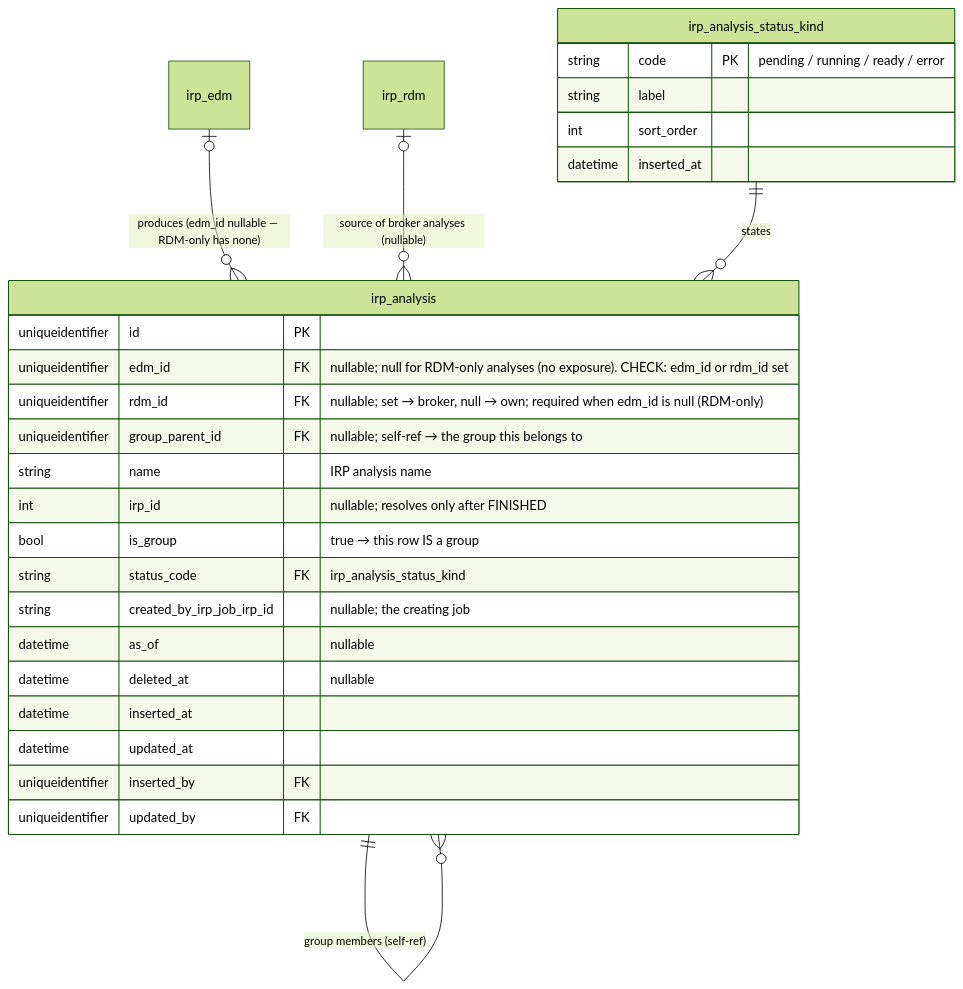
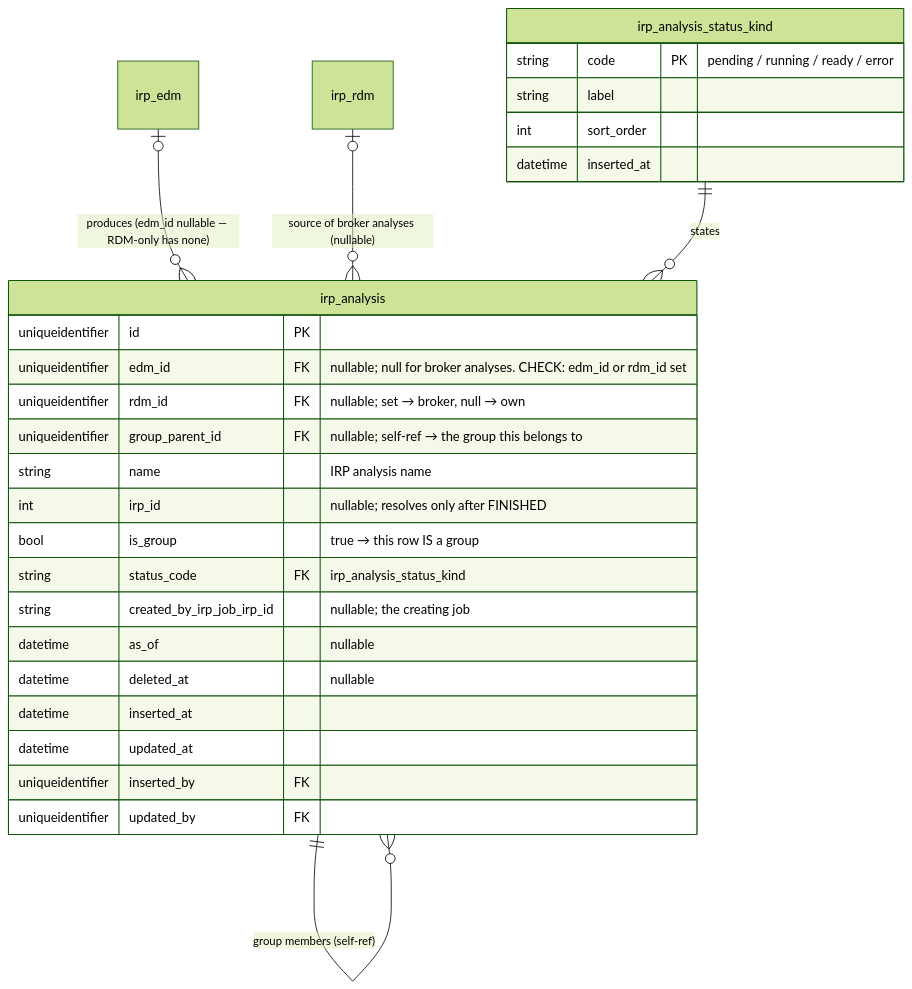
The fourth of 9 diagrams in docs/DATA_MODEL.md (anilvenugopal/risk-workbench), drawn with Mermaid (forest theme) before and after one commit. The commit also changed other lines of this file and 9 other files, not shown here.

````diff
--- a/docs/DATA_MODEL.md
+++ b/docs/DATA_MODEL.md
@@ -268,31 +260,31 @@
 ```mermaid
 erDiagram
   irp_edm |o--o{ irp_analysis : "produces (edm_id nullable — RDM-only has none)"
   irp_rdm |o--o{ irp_analysis : "source of broker analyses (nullable)"
   irp_analysis ||--o{ irp_analysis : "group members (self-ref)"
   irp_analysis_status_kind ||--o{ irp_analysis : states
 
   irp_analysis {
     uniqueidentifier id PK
-    uniqueidentifier edm_id FK "nullable; null for RDM-only analyses (no exposure). CHECK: edm_id or rdm_id set"
-    uniqueidentifier rdm_id FK "nullable; set → broker, null → own; required when edm_id is null (RDM-only)"
+    uniqueidentifier edm_id FK "nullable; null for broker analyses. CHECK: edm_id or rdm_id set"
+    uniqueidentifier rdm_id FK "nullable; set → broker, null → own"
     uniqueidentifier group_parent_id FK "nullable; self-ref → the group this belongs to"
     string name "IRP analysis name"
     int irp_id "nullable; resolves only after FINISHED"
     bool is_group "true → this row IS a group"
     string status_code FK "irp_analysis_status_kind"
     string created_by_irp_job_irp_id "nullable; the creating job"
     datetime as_of "nullable"
     datetime deleted_at "nullable"
     datetime inserted_at
     datetime updated_at
     uniqueidentifier inserted_by FK
     uniqueidentifier updated_by FK
   }
   irp_analysis_status_kind {
     string code PK "pending / running / ready / error"
     string label
     int sort_order
     datetime inserted_at
   }
 ```
````
